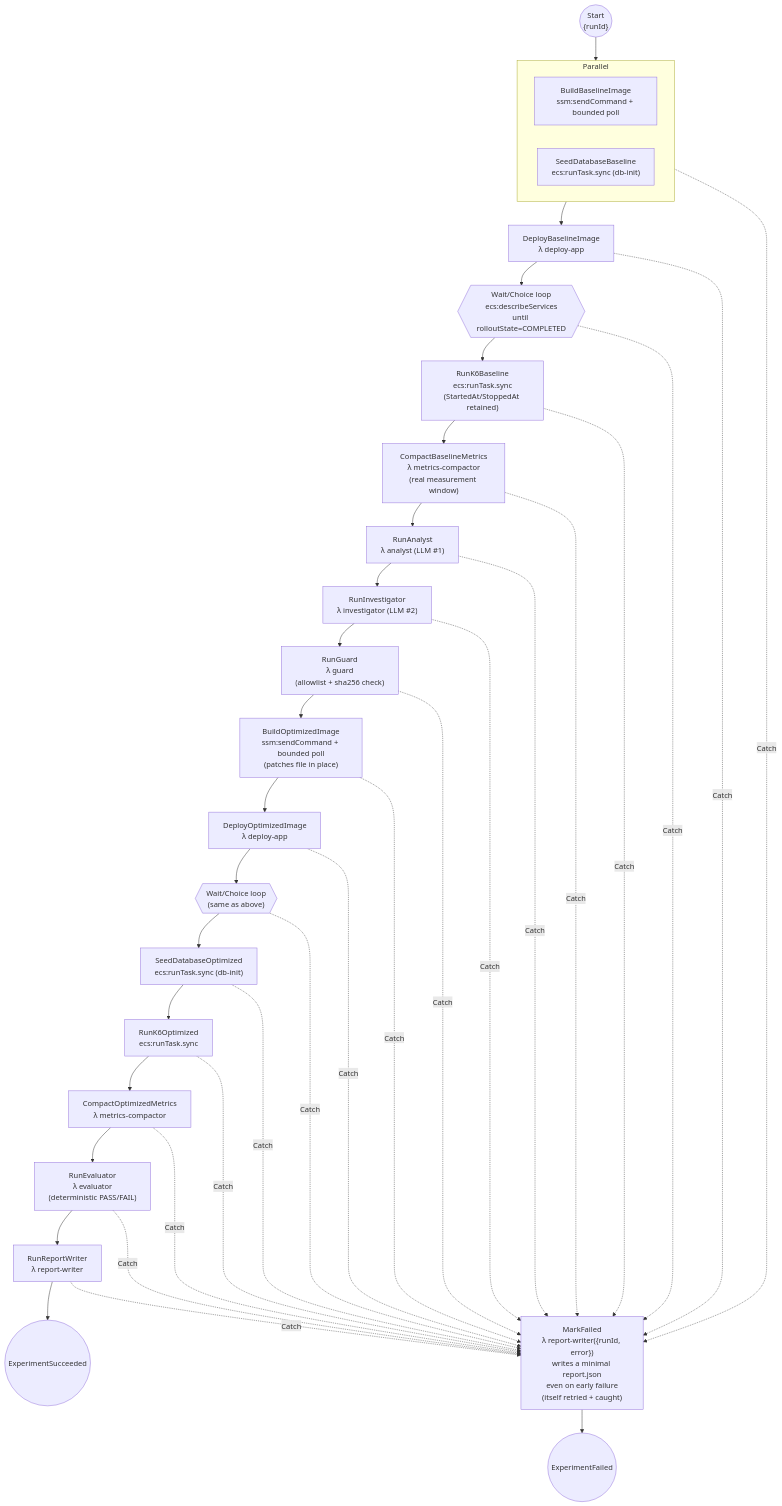
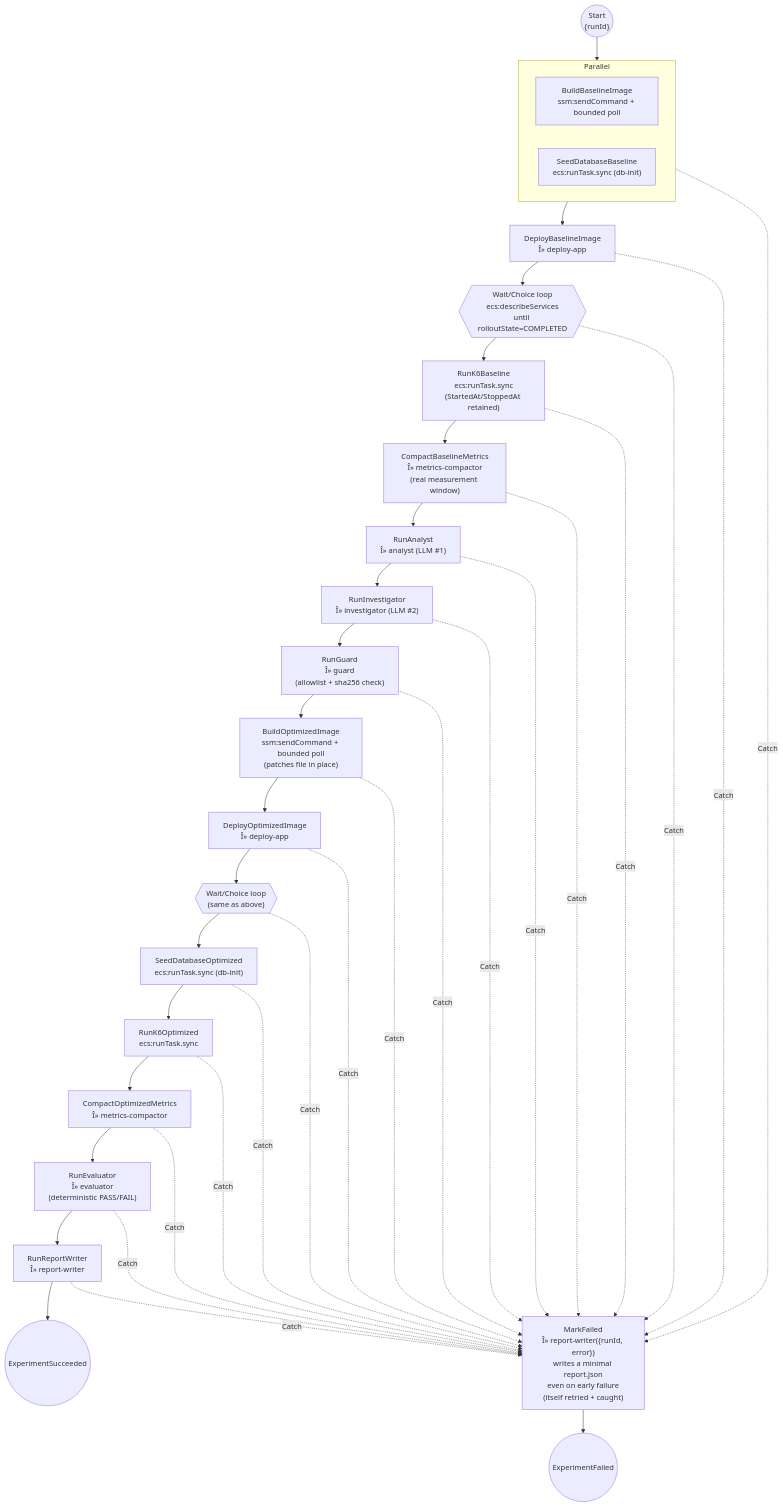
The second of 2 diagrams in README.md (Buropav/Klyro), drawn with Mermaid before and after one commit. The commit also changed other lines of this file, not shown here.

````diff
--- a/README.md
+++ b/README.md
@@ -321,33 +321,33 @@
 ```mermaid
 flowchart TD
     START(("Start\n{runId}")) --> PAR
 
     subgraph PAR["Parallel"]
         direction LR
         BB["BuildBaselineImage\nssm:sendCommand + bounded poll"]
         SD["SeedDatabaseBaseline\necs:runTask.sync (db-init)"]
     end
 
-    PAR --> DEP1["DeployBaselineImage\nλ deploy-app"]
+    PAR --> DEP1["DeployBaselineImage\nÎ» deploy-app"]
     DEP1 --> POLL1{{"Wait/Choice loop\necs:describeServices\nuntil rolloutState=COMPLETED"}}
     POLL1 --> K61["RunK6Baseline\necs:runTask.sync\n(StartedAt/StoppedAt retained)"]
-    K61 --> MC1["CompactBaselineMetrics\nλ metrics-compactor\n(real measurement window)"]
-    MC1 --> AN["RunAnalyst\nλ analyst (LLM #1)"]
-    AN --> INV["RunInvestigator\nλ investigator (LLM #2)"]
-    INV --> GRD["RunGuard\nλ guard\n(allowlist + sha256 check)"]
+    K61 --> MC1["CompactBaselineMetrics\nÎ» metrics-compactor\n(real measurement window)"]
+    MC1 --> AN["RunAnalyst\nÎ» analyst (LLM #1)"]
+    AN --> INV["RunInvestigator\nÎ» investigator (LLM #2)"]
+    INV --> GRD["RunGuard\nÎ» guard\n(allowlist + sha256 check)"]
 
     GRD --> BO["BuildOptimizedImage\nssm:sendCommand + bounded poll\n(patches file in place)"]
-    BO --> DEP2["DeployOptimizedImage\nλ deploy-app"]
+    BO --> DEP2["DeployOptimizedImage\nÎ» deploy-app"]
     DEP2 --> POLL2{{"Wait/Choice loop\n(same as above)"}}
     POLL2 --> SD2["SeedDatabaseOptimized\necs:runTask.sync (db-init)"]
     SD2 --> K62["RunK6Optimized\necs:runTask.sync"]
-    K62 --> MC2["CompactOptimizedMetrics\nλ metrics-compactor"]
-    MC2 --> EV["RunEvaluator\nλ evaluator\n(deterministic PASS/FAIL)"]
-    EV --> RW1["RunReportWriter\nλ report-writer"]
+    K62 --> MC2["CompactOptimizedMetrics\nÎ» metrics-compactor"]
+    MC2 --> EV["RunEvaluator\nÎ» evaluator\n(deterministic PASS/FAIL)"]
+    EV --> RW1["RunReportWriter\nÎ» report-writer"]
     RW1 --> DONE(("ExperimentSucceeded"))
 
     PAR & DEP1 & POLL1 & K61 & MC1 & AN & INV & GRD -. Catch .-> MF
     BO & DEP2 & POLL2 & SD2 & K62 & MC2 & EV & RW1 -. Catch .-> MF
 
-    MF["MarkFailed\nλ report-writer({runId, error})\nwrites a minimal report.json\neven on early failure\n(itself retried + caught)"] --> FAIL(("ExperimentFailed"))
+    MF["MarkFailed\nÎ» report-writer({runId, error})\nwrites a minimal report.json\neven on early failure\n(itself retried + caught)"] --> FAIL(("ExperimentFailed"))
 ```
````
